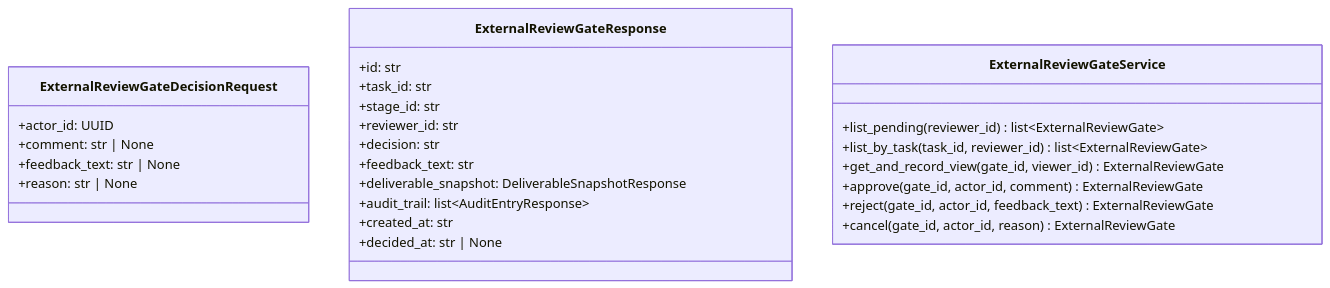
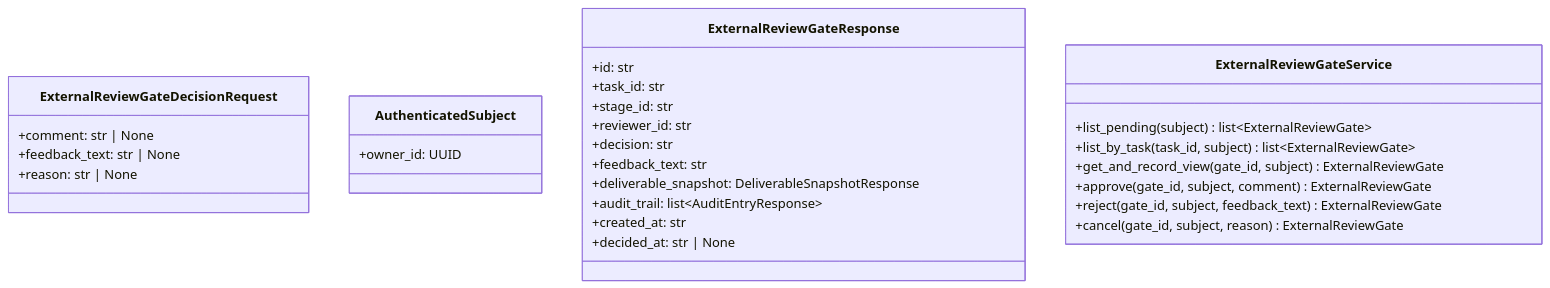
The diagram in docs/features/external-review-gate/http-api/detailed-design.md (bakufu-dev/bakufu), drawn with Mermaid before and after one commit. The commit also changed other lines of this file and 2 other files, not shown here.

Commit message:
docs: fix external review gate http api design

````diff
--- a/docs/features/external-review-gate/http-api/detailed-design.md
+++ b/docs/features/external-review-gate/http-api/detailed-design.md
@@ -19,29 +19,31 @@
 ```mermaid
 classDiagram
     class ExternalReviewGateDecisionRequest {
-        +actor_id: UUID
         +comment: str | None
         +feedback_text: str | None
         +reason: str | None
+    }
+    class AuthenticatedSubject {
+        +owner_id: UUID
     }
     class ExternalReviewGateResponse {
         +id: str
         +task_id: str
         +stage_id: str
         +reviewer_id: str
         +decision: str
         +feedback_text: str
         +deliverable_snapshot: DeliverableSnapshotResponse
         +audit_trail: list~AuditEntryResponse~
         +created_at: str
         +decided_at: str | None
     }
     class ExternalReviewGateService {
-        +list_pending(reviewer_id) list~ExternalReviewGate~
-        +list_by_task(task_id, reviewer_id) list~ExternalReviewGate~
-        +get_and_record_view(gate_id, viewer_id) ExternalReviewGate
-        +approve(gate_id, actor_id, comment) ExternalReviewGate
-        +reject(gate_id, actor_id, feedback_text) ExternalReviewGate
-        +cancel(gate_id, actor_id, reason) ExternalReviewGate
+        +list_pending(subject) list~ExternalReviewGate~
+        +list_by_task(task_id, subject) list~ExternalReviewGate~
+        +get_and_record_view(gate_id, subject) ExternalReviewGate
+        +approve(gate_id, subject, comment) ExternalReviewGate
+        +reject(gate_id, subject, feedback_text) ExternalReviewGate
+        +cancel(gate_id, subject, reason) ExternalReviewGate
     }
 ```
````
